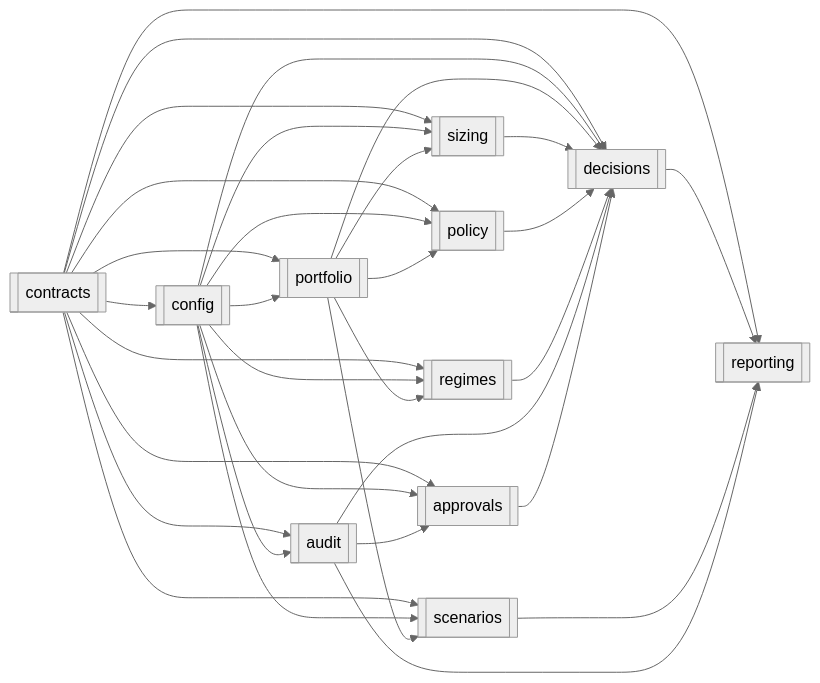
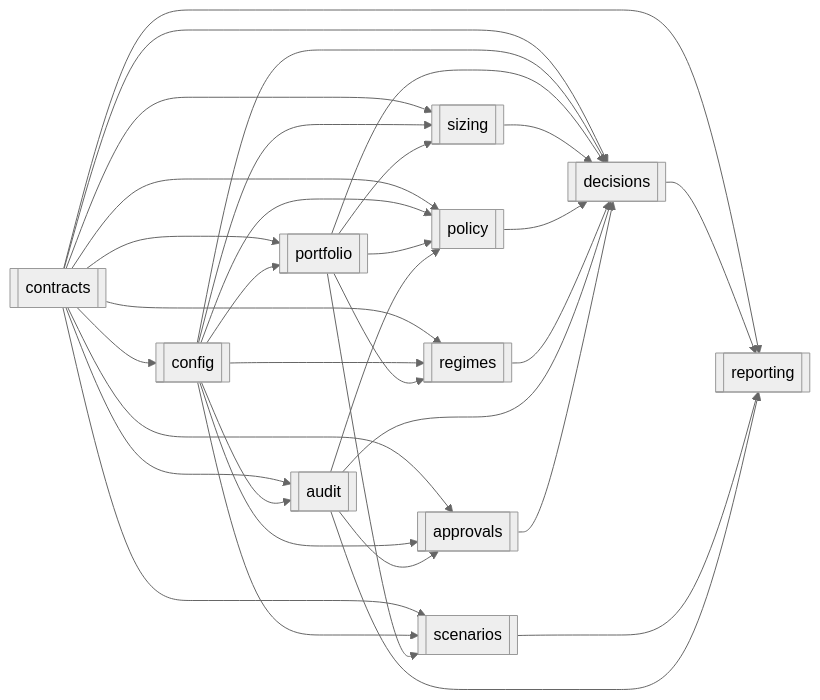
The second of 3 diagrams in app/services/risk/README.md (haruperi/HaruQuantAI), drawn with Mermaid (neutral theme) before and after one commit. The commit also changed other lines of this file and 93 other files, not shown here.

````diff
--- a/app/services/risk/README.md
+++ b/app/services/risk/README.md
@@ -199,35 +199,36 @@
 ```mermaid
 flowchart LR
     C[[contracts]] --> CFG[[config]]
     C --> P[[portfolio]]
     CFG --> P
     C --> S[[sizing]]
     CFG --> S
     P --> S
+    C --> A[[audit]]
+    CFG --> A
     C --> POL[[policy]]
     CFG --> POL
     P --> POL
+    A --> POL
     C --> R[[regimes]]
     CFG --> R
     P --> R
-    C --> A[[audit]]
-    CFG --> A
     C --> AP[[approvals]]
     CFG --> AP
     A --> AP
     C --> D[[decisions]]
     CFG --> D
     P --> D
     S --> D
     POL --> D
     R --> D
     A --> D
     AP --> D
     C --> SC[[scenarios]]
     CFG --> SC
     P --> SC
     C --> REP[[reporting]]
     D --> REP
     SC --> REP
     A --> REP
 ```
````
